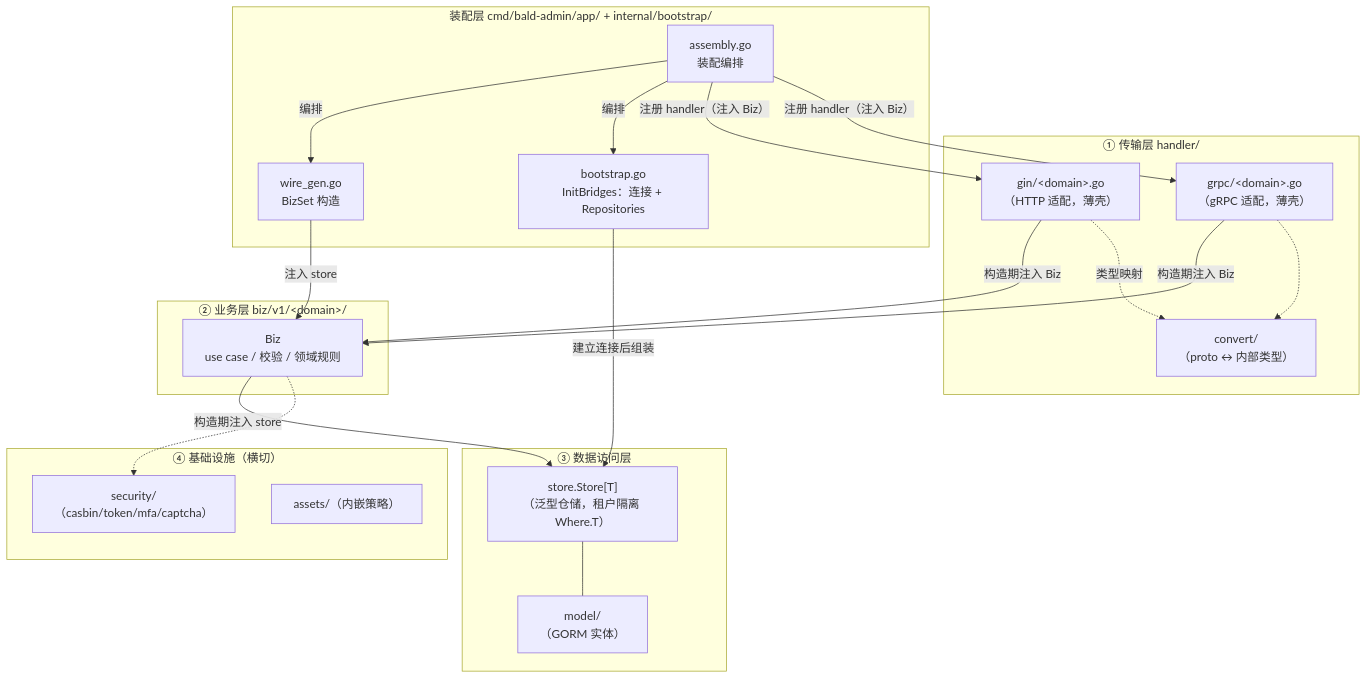
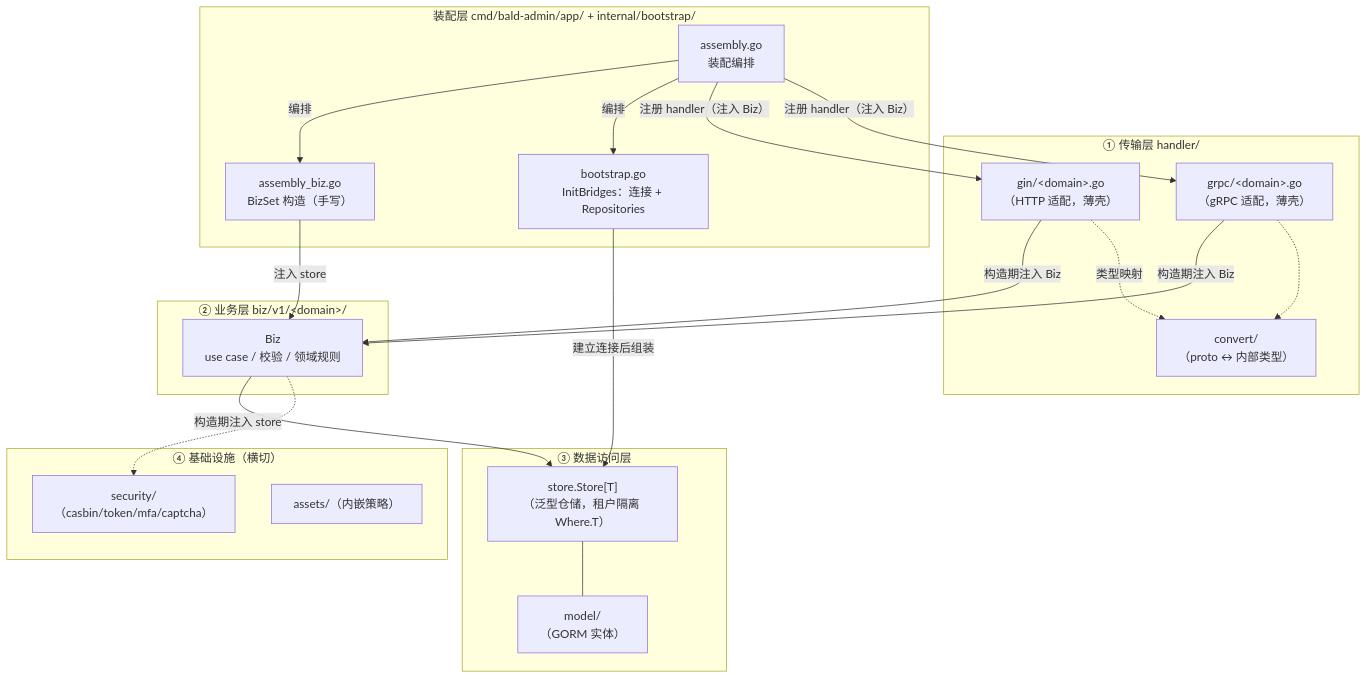
The first of 5 diagrams in backend/docs/设计文档.md (kalandramo/bald-admin), drawn with Mermaid before and after one commit. The commit also changed other lines of this file and 4 other files, not shown here.

````diff
--- a/backend/docs/设计文档.md
+++ b/backend/docs/设计文档.md
@@ -98,42 +98,42 @@
 ```mermaid
 flowchart TB
     subgraph L1["① 传输层 handler/"]
         H1["gin/&lt;domain&gt;.go<br/>（HTTP 适配，薄壳）"]
         H2["grpc/&lt;domain&gt;.go<br/>（gRPC 适配，薄壳）"]
         CV["convert/<br/>（proto ↔ 内部类型）"]
     end
 
     subgraph L2["② 业务层 biz/v1/&lt;domain&gt;/"]
         B["Biz<br/>use case / 校验 / 领域规则"]
     end
 
     subgraph L3["③ 数据访问层"]
         S["store.Store[T]<br/>（泛型仓储，租户隔离 Where.T）"]
         M["model/<br/>（GORM 实体）"]
     end
 
     subgraph L4["④ 基础设施（横切）"]
         SEC["security/（casbin/token/mfa/captcha）"]
         ASC["assets/（内嵌策略）"]
     end
 
     subgraph ASM["装配层 cmd/bald-admin/app/ + internal/bootstrap/"]
         A1["assembly.go<br/>装配编排"]
-        A2["wire_gen.go<br/>BizSet 构造"]
+        A2["assembly_biz.go<br/>BizSet 构造（手写）"]
         A3["bootstrap.go<br/>InitBridges：连接 + Repositories"]
     end
 
     H1 -->|"构造期注入 Biz"| B
     H2 -->|"构造期注入 Biz"| B
     H1 -.->|"类型映射"| CV
     H2 -.-> CV
     B -->|"构造期注入 store"| S
     S --- M
     B -.-> SEC
     A3 -->|"建立连接后组装"| S
     A2 -->|"注入 store"| B
     A1 -->|"编排"| A2
     A1 -->|"编排"| A3
     A1 -->|"注册 handler（注入 Biz）"| H1
     A1 -->|"注册 handler（注入 Biz）"| H2
 ```
````
